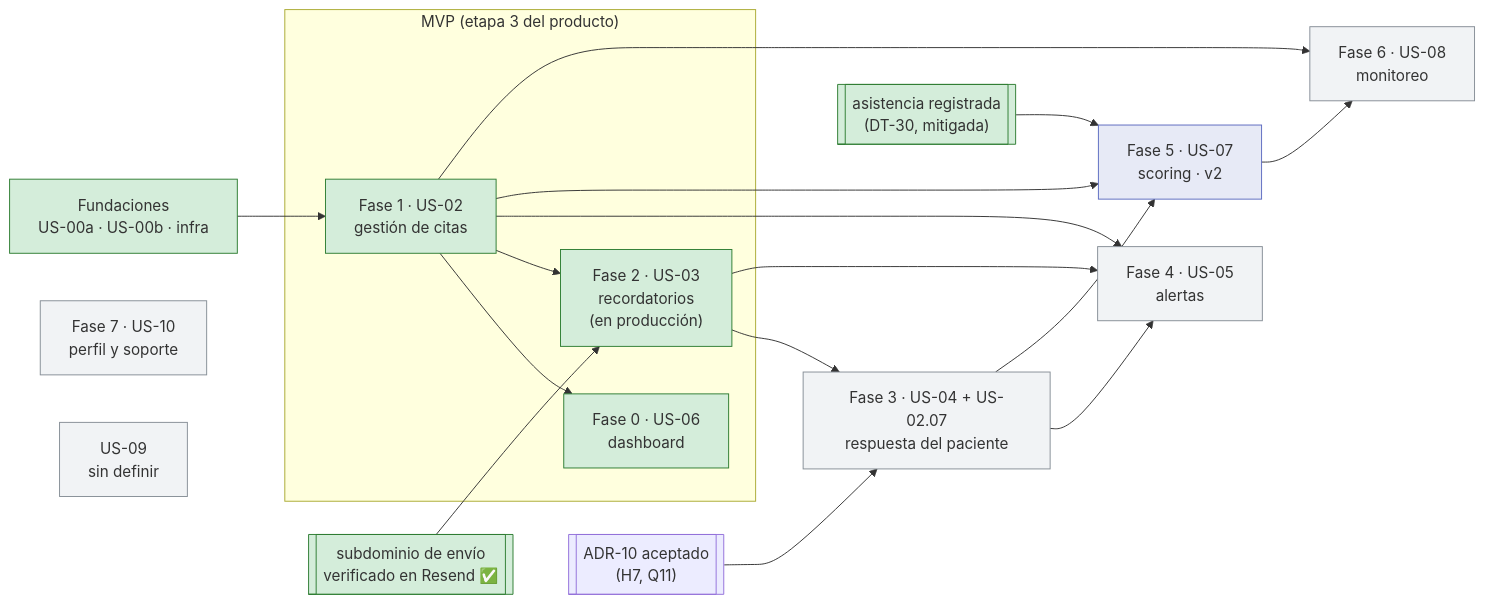
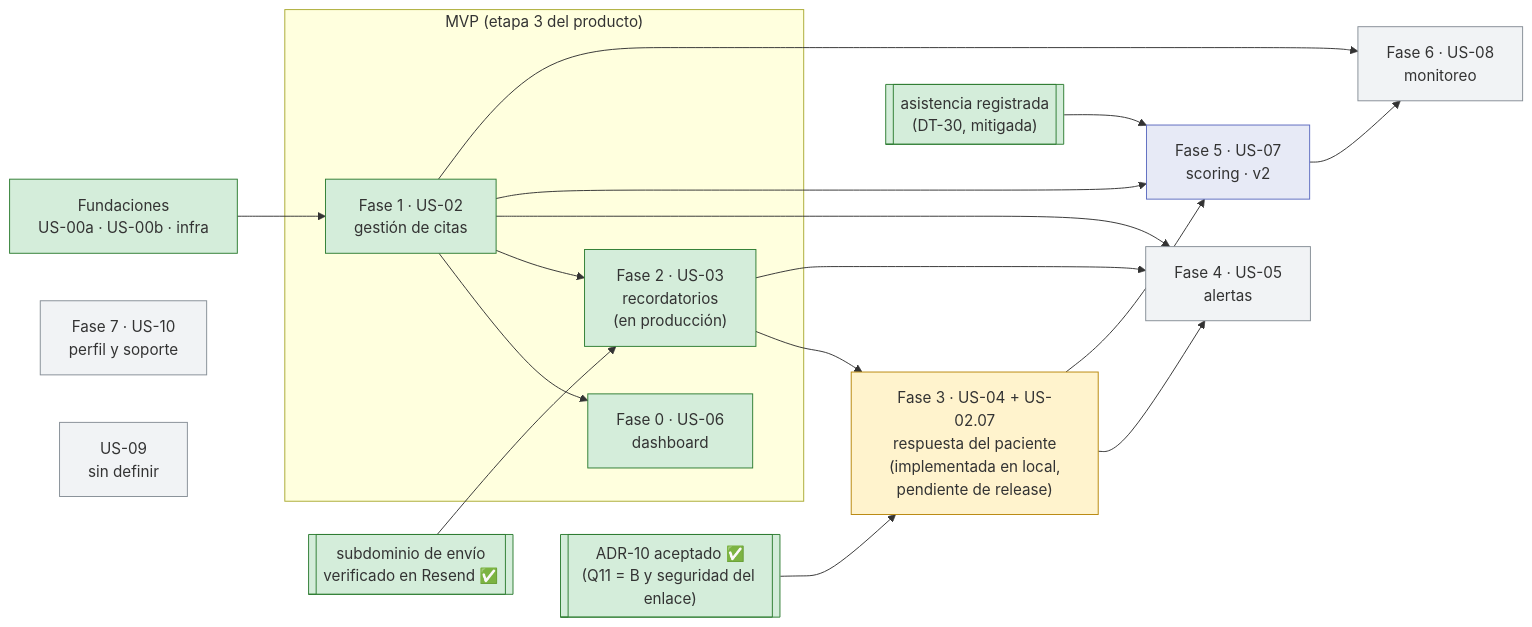
One commit to Citia-solutions/citia-backend changed the diagram in context/Fases/README.md. Above: the diagram before and after it, drawn with Mermaid. The commit also changed other lines of this file and 41 other files, not shown here.

````diff
--- a/context/Fases/README.md
+++ b/context/Fases/README.md
@@ -57,41 +64,41 @@
 ```mermaid
 flowchart LR
   B["Fundaciones<br/>US-00a · US-00b · infra"]:::hecho
 
   subgraph MVP["MVP (etapa 3 del producto)"]
     F1["Fase 1 · US-02<br/>gestión de citas"]:::hecho
     F0["Fase 0 · US-06<br/>dashboard"]:::hecho
     F2["Fase 2 · US-03<br/>recordatorios<br/>(en producción)"]:::hecho
   end
 
-  F3["Fase 3 · US-04 + US-02.07<br/>respuesta del paciente"]:::pendiente
+  F3["Fase 3 · US-04 + US-02.07<br/>respuesta del paciente<br/>(implementada en local,<br/>pendiente de release)"]:::disenada
   F4["Fase 4 · US-05<br/>alertas"]:::pendiente
   F5["Fase 5 · US-07<br/>scoring · v2"]:::aplazada
   F6["Fase 6 · US-08<br/>monitoreo"]:::pendiente
   F7["Fase 7 · US-10<br/>perfil y soporte"]:::pendiente
   U9["US-09<br/>sin definir"]:::pendiente
 
   DOM[["subdominio de envío<br/>verificado en Resend ✅"]]:::hecho
-  A10[["ADR-10 aceptado<br/>(H7, Q11)"]]
+  A10[["ADR-10 aceptado ✅<br/>(Q11 = B y seguridad del enlace)"]]:::hecho
   D30[["asistencia registrada<br/>(DT-30, mitigada)"]]:::hecho
 
   B --> F1
   F1 --> F0
   F1 --> F2
   DOM --> F2
   F2 --> F3
   A10 --> F3
   F1 --> F4
   F2 --> F4
   F3 --> F4
   F1 --> F5
   F3 --> F5
   D30 --> F5
   F1 --> F6
   F5 --> F6
 
   classDef hecho fill:#d4edda,stroke:#2e7d32
   classDef disenada fill:#fff3cd,stroke:#b8860b
   classDef pendiente fill:#f1f3f5,stroke:#868e96
   classDef aplazada fill:#e7eaf6,stroke:#5c6bc0
 ```
````
